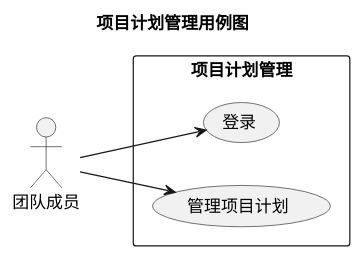
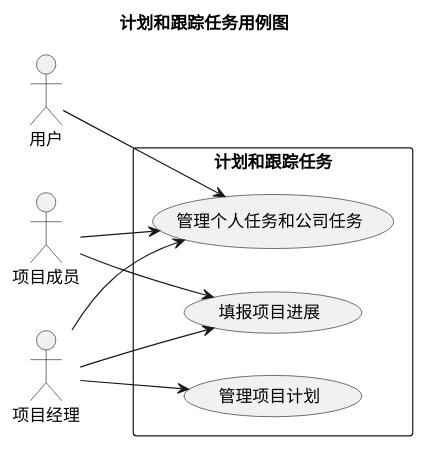
Before and after one commit to LampingSu/ocagents: the fourth of 6 diagrams in 产品资料/0_需求/ConDili_软件需求规格说明书.md, drawn with PlantUML. The commit also changed other lines of this file and 3 other files, not shown here.

````diff
--- a/产品资料/0_需求/ConDili_软件需求规格说明书.md
+++ b/产品资料/0_需求/ConDili_软件需求规格说明书.md
@@ -358,12 +221,18 @@
 ```plantuml
 @startuml
-title 项目计划管理用例图
+title 计划和跟踪任务用例图
 left to right direction
-actor 团队成员
+actor 用户
+actor 项目成员
+actor 项目经理
 
-rectangle "项目计划管理" {
-  团队成员 --> (登录)
-  团队成员 --> (管理项目计划)
+rectangle "计划和跟踪任务" {
+  用户 --> (管理个人任务和公司任务)
+  项目成员 --> (管理个人任务和公司任务)
+  项目成员 --> (填报项目进展)
+  项目经理 --> (管理个人任务和公司任务)
+  项目经理 --> (填报项目进展)
+  项目经理 --> (管理项目计划)
 }
 @enduml
 ```
````
